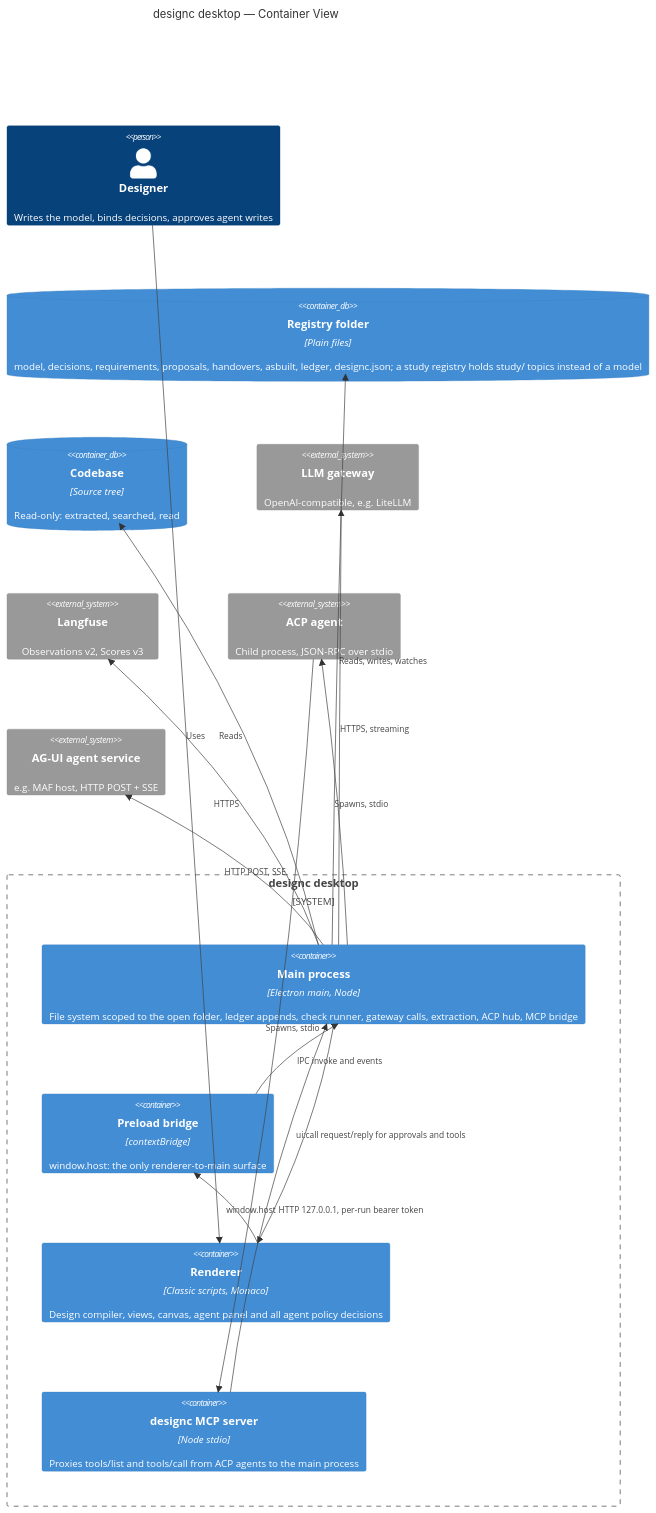
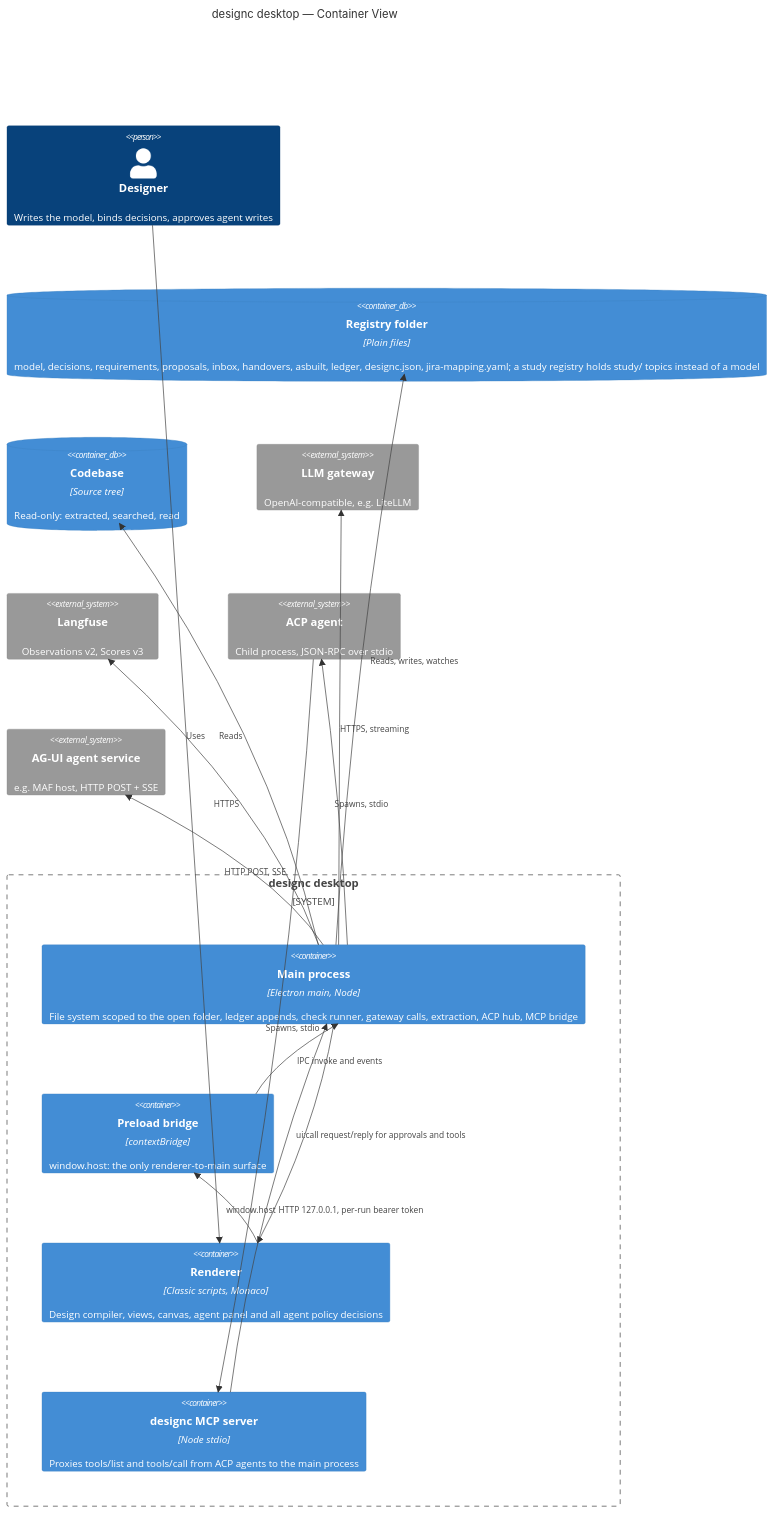
Before and after one commit to xMikeTR/designc: the first of 2 diagrams in ARCHITECTURE.md, drawn with Mermaid. The commit also changed other lines of this file and 197 other files, not shown here.

````diff
--- a/ARCHITECTURE.md
+++ b/ARCHITECTURE.md
@@ -46,29 +49,29 @@
 ```mermaid
 C4Container
   title designc desktop — Container View
   Person(designer, "Designer", "Writes the model, binds decisions, approves agent writes")
   System_Boundary(app, "designc desktop") {
     Container(main, "Main process", "Electron main, Node", "File system scoped to the open folder, ledger appends, check runner, gateway calls, extraction, ACP hub, MCP bridge")
     Container(preload, "Preload bridge", "contextBridge", "window.host: the only renderer-to-main surface")
     Container(renderer, "Renderer", "Classic scripts, Monaco", "Design compiler, views, canvas, agent panel and all agent policy decisions")
     Container(mcp, "designc MCP server", "Node stdio", "Proxies tools/list and tools/call from ACP agents to the main process")
   }
-  ContainerDb(registry, "Registry folder", "Plain files", "model, decisions, requirements, proposals, handovers, asbuilt, ledger, designc.json; a study registry holds study/ topics instead of a model")
+  ContainerDb(registry, "Registry folder", "Plain files", "model, decisions, requirements, proposals, inbox, handovers, asbuilt, ledger, designc.json, jira-mapping.yaml; a study registry holds study/ topics instead of a model")
   ContainerDb(codebase, "Codebase", "Source tree", "Read-only: extracted, searched, read")
   System_Ext(gateway, "LLM gateway", "OpenAI-compatible, e.g. LiteLLM")
   System_Ext(langfuse, "Langfuse", "Observations v2, Scores v3")
   System_Ext(acp, "ACP agent", "Child process, JSON-RPC over stdio")
   System_Ext(agui, "AG-UI agent service", "e.g. MAF host, HTTP POST + SSE")
   Rel(designer, renderer, "Uses")
   Rel(renderer, preload, "window.host")
   Rel(preload, main, "IPC invoke and events")
   Rel(main, registry, "Reads, writes, watches")
   Rel(main, codebase, "Reads")
   Rel(main, gateway, "HTTPS, streaming")
   Rel(main, langfuse, "HTTPS")
   Rel(main, acp, "Spawns, stdio")
   Rel(main, agui, "HTTP POST, SSE")
   Rel(acp, mcp, "Spawns, stdio")
   Rel(mcp, main, "HTTP 127.0.0.1, per-run bearer token")
   Rel(main, renderer, "ui:call request/reply for approvals and tools")
 ```
````
